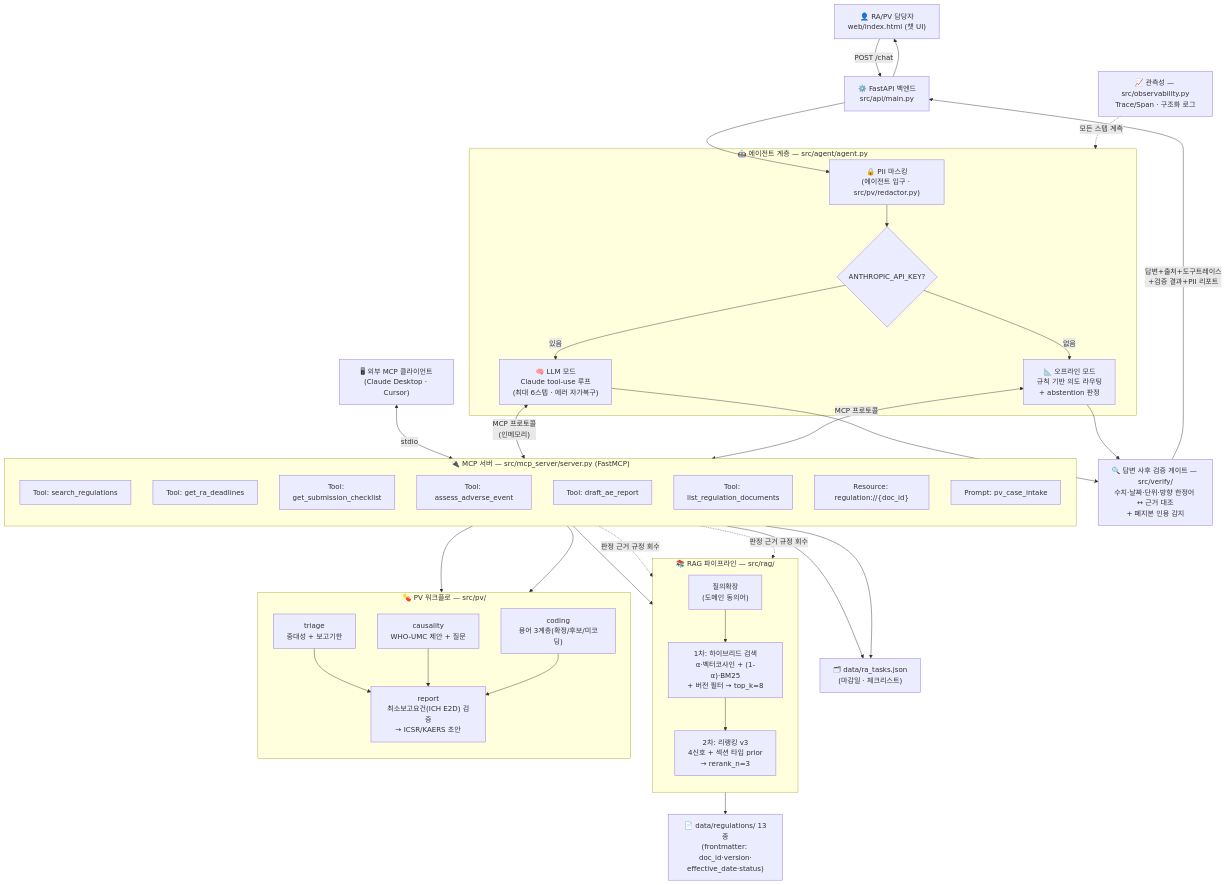
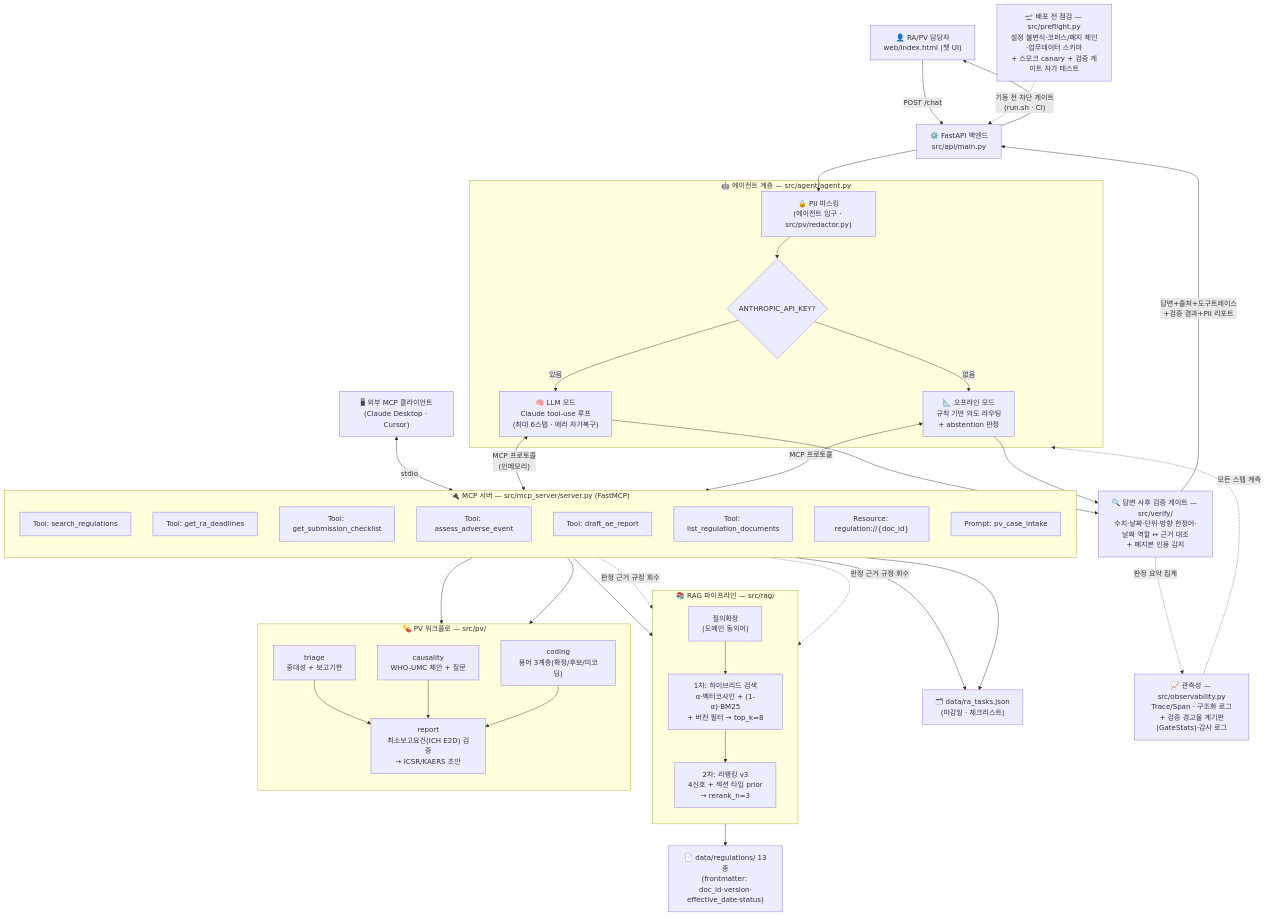
The first of 4 diagrams in project/description/아키텍처.md (chaeyoo/letsgogc), drawn with Mermaid before and after one commit. The commit also changed other lines of this file and 18 other files, not shown here.

First line of the commit message:
FDE·검증 관점 강화: 검증기 v3(날짜 역할 대조) + preflight 게이트 + 경고율 계기판

````diff
--- a/project/description/아키텍처.md
+++ b/project/description/아키텍처.md
@@ -10,58 +10,61 @@
 ```mermaid
 flowchart TB
     U["👤 RA/PV 담당자<br/>web/index.html (챗 UI)"] -->|"POST /chat"| API["⚙️ FastAPI 백엔드<br/>src/api/main.py"]
     EXT["🖥 외부 MCP 클라이언트<br/>(Claude Desktop · Cursor)"] <-->|"stdio"| MCP
 
     API --> RED["🔒 PII 마스킹<br/>(에이전트 입구 · src/pv/redactor.py)"]
 
     subgraph AGENT["🤖 에이전트 계층 — src/agent/agent.py"]
         RED --> MODE{"ANTHROPIC_API_KEY?"}
         MODE -->|있음| LLMM["🧠 LLM 모드<br/>Claude tool-use 루프<br/>(최대 6스텝 · 에러 자가복구)"]
         MODE -->|없음| OFF["📐 오프라인 모드<br/>규칙 기반 의도 라우팅<br/>+ abstention 판정"]
     end
 
     LLMM <-->|"MCP 프로토콜<br/>(인메모리)"| MCP
     OFF <-->|"MCP 프로토콜"| MCP
 
     subgraph MCP["🔌 MCP 서버 — src/mcp_server/server.py (FastMCP)"]
         direction TB
         T1["Tool: search_regulations"]
         T2["Tool: get_ra_deadlines"]
         T3["Tool: get_submission_checklist"]
         T4["Tool: assess_adverse_event"]
         T5["Tool: draft_ae_report"]
         T6["Tool: list_regulation_documents"]
         R1["Resource: regulation://{doc_id}"]
         P1["Prompt: pv_case_intake"]
     end
 
     T1 --> RAGP
     T4 --> PVW
     T5 --> PVW
     T4 -.->|"판정 근거 규정 회수"| RAGP
     T5 -.->|"판정 근거 규정 회수"| RAGP
     T2 --> DB["🗂 data/ra_tasks.json<br/>(마감일 · 체크리스트)"]
     T3 --> DB
 
     subgraph RAGP["📚 RAG 파이프라인 — src/rag/"]
         direction TB
         QE["질의확장<br/>(도메인 동의어)"] --> HY["1차: 하이브리드 검색<br/>α·벡터코사인 + (1-α)·BM25<br/>+ 버전 필터 → top_k=8"]
         HY --> RR["2차: 리랭킹 v3<br/>4신호 + 섹션 타입 prior<br/>→ rerank_n=3"]
     end
 
     subgraph PVW["💊 PV 워크플로 — src/pv/"]
         direction TB
         TR["triage<br/>중대성 + 보고기한"] --> RP["report<br/>최소보고요건(ICH E2D) 검증<br/>→ ICSR/KAERS 초안"]
         CA["causality<br/>WHO-UMC 제안 + 질문"] --> RP
         CO["coding<br/>용어 3계층(확정/후보/미코딩)"] --> RP
     end
 
     RAGP --> DOCS["📄 data/regulations/ 13종<br/>(frontmatter: doc_id·version·<br/>effective_date·status)"]
 
     LLMM --> VER
     OFF --> VER
-    VER["🔍 답변 사후 검증 게이트 — src/verify/<br/>수치·날짜·단위·방향 한정어 ↔ 근거 대조<br/>+ 폐지본 인용 감지"] -->|"답변+출처+도구트레이스<br/>+검증 결과+PII 리포트"| API
+    VER["🔍 답변 사후 검증 게이트 — src/verify/<br/>수치·날짜·단위·방향 한정어·날짜 역할 ↔ 근거 대조<br/>+ 폐지본 인용 감지"] -->|"답변+출처+도구트레이스<br/>+검증 결과+PII 리포트"| API
     API --> U
 
-    OBS["📈 관측성 — src/observability.py<br/>Trace/Span · 구조화 로그"] -.모든 스텝 계측.-> AGENT
+    OBS["📈 관측성 — src/observability.py<br/>Trace/Span · 구조화 로그<br/>+ 검증 경고율 계기판(GateStats)·감사 로그"] -.모든 스텝 계측.-> AGENT
+    VER -. 판정 요약 집계 .-> OBS
+
+    PRE["🛫 배포 전 점검 — src/preflight.py<br/>설정 불변식·코퍼스/폐지 체인·업무데이터 스키마<br/>+ 스모크 canary + 검증 게이트 자가 테스트"] -. "기동 전 차단 게이트<br/>(run.sh · CI)" .-> API
 ```
````
